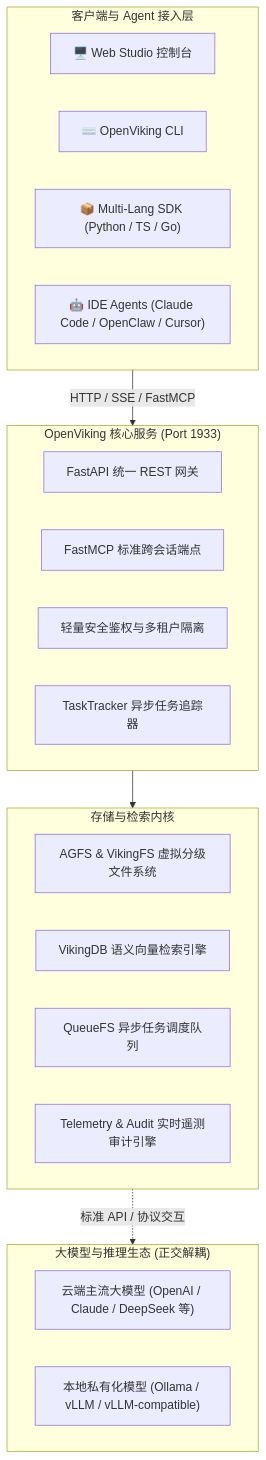
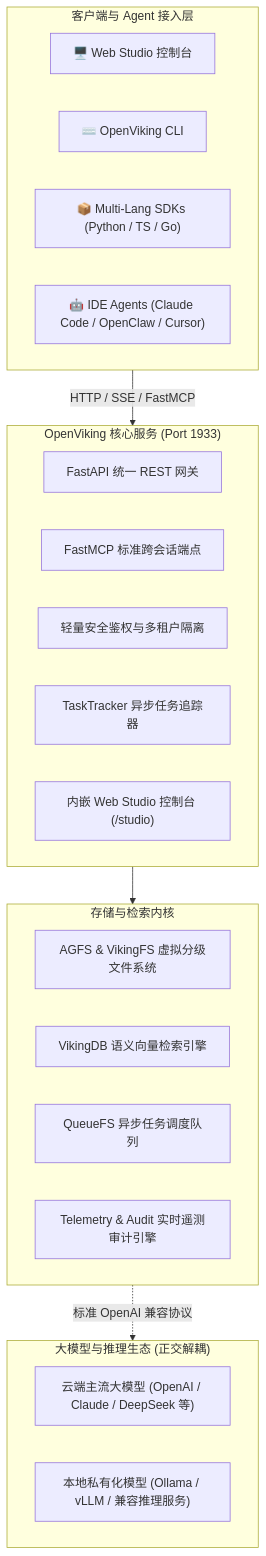
The diagram in README_CN.md (skloxo/OpenVikingStudio), drawn with Mermaid before and after one commit. The commit also changed other lines of this file and 2 other files, not shown here.

Commit message:
docs: elevate roadmap to top with visual table and unify ports strictly on 1933

````diff
--- a/README_CN.md
+++ b/README_CN.md
@@ -54,32 +48,33 @@
 ```mermaid
 flowchart TD
     subgraph Client ["客户端与 Agent 接入层"]
         Web["🖥️ Web Studio 控制台"]
         CLI["⌨️ OpenViking CLI"]
-        SDK["📦 Multi-Lang SDK (Python / TS / Go)"]
+        SDK["📦 Multi-Lang SDKs (Python / TS / Go)"]
         IDE["🤖 IDE Agents (Claude Code / OpenClaw / Cursor)"]
     end
 
     subgraph Server ["OpenViking 核心服务 (Port 1933)"]
         API["FastAPI 统一 REST 网关"]
         MCP["FastMCP 标准跨会话端点"]
         Auth["轻量安全鉴权与多租户隔离"]
         TaskEngine["TaskTracker 异步任务追踪器"]
+        Studio["内嵌 Web Studio 控制台 (/studio)"]
     end
 
     subgraph Engine ["存储与检索内核"]
         VikingFS["AGFS & VikingFS 虚拟分级文件系统"]
         VectorDB["VikingDB 语义向量检索引擎"]
         Queue["QueueFS 异步任务调度队列"]
         Observability["Telemetry & Audit 实时遥测审计引擎"]
     end
 
     subgraph Models ["大模型与推理生态 (正交解耦)"]
         CloudLLM["云端主流大模型 (OpenAI / Claude / DeepSeek 等)"]
-        LocalLLM["本地私有化模型 (Ollama / vLLM / vLLM-compatible)"]
+        LocalLLM["本地私有化模型 (Ollama / vLLM / 兼容推理服务)"]
     end
 
     Client -->|"HTTP / SSE / FastMCP"| Server
     Server --> Engine
-    Engine -.->|"标准 API / 协议交互"| Models
+    Engine -.->|"标准 OpenAI 兼容协议"| Models
 ```
````
